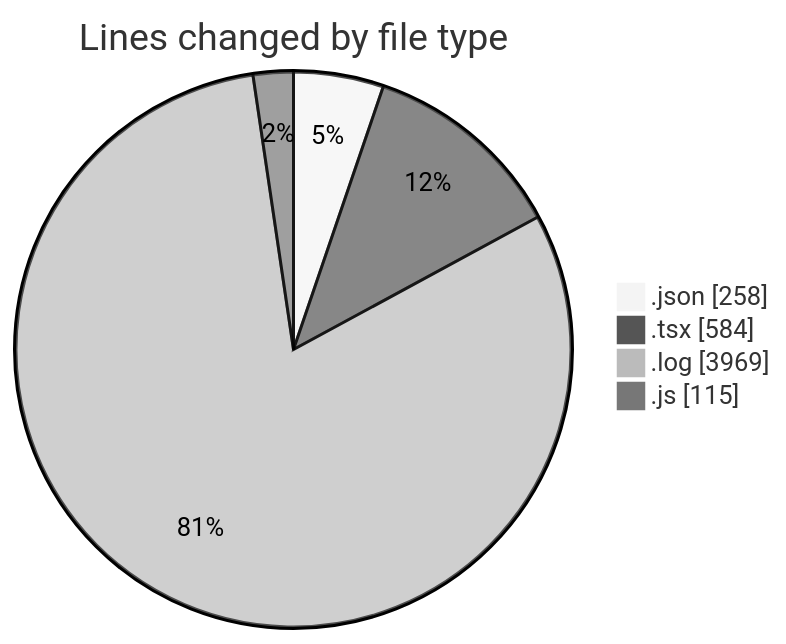
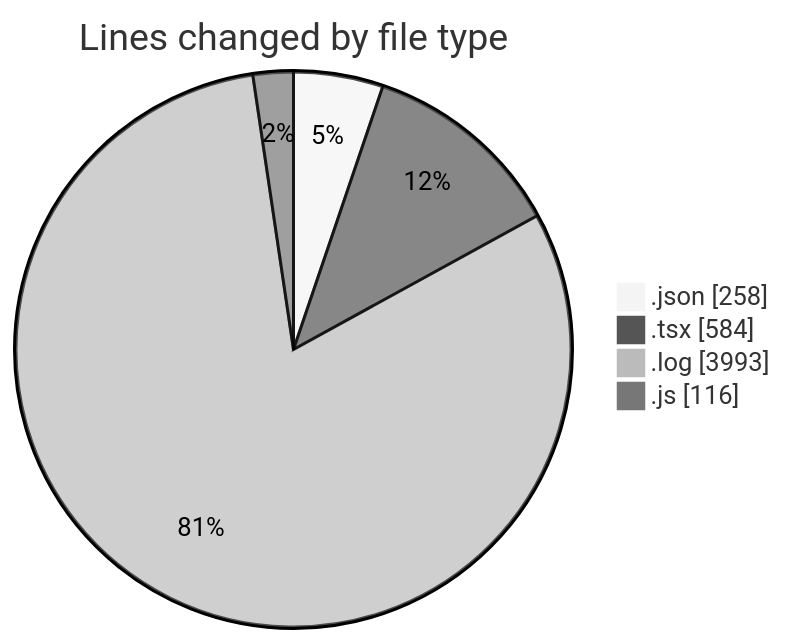
Before and after one commit to momahboobian/code-tracking: the first of 2 diagrams in 2026-03-24/cda/README.md, drawn with Mermaid (neutral theme). The commit also changed other lines of this file and 1 other file, not shown here.

````diff
--- a/2026-03-24/cda/README.md
+++ b/2026-03-24/cda/README.md
@@ -27,8 +27,8 @@
 ```mermaid
 pie showData
 title Lines changed by file type
 ".json" : 258
 ".tsx" : 584
-".log" : 3969
-".js" : 115
+".log" : 3993
+".js" : 116
 ```
````
